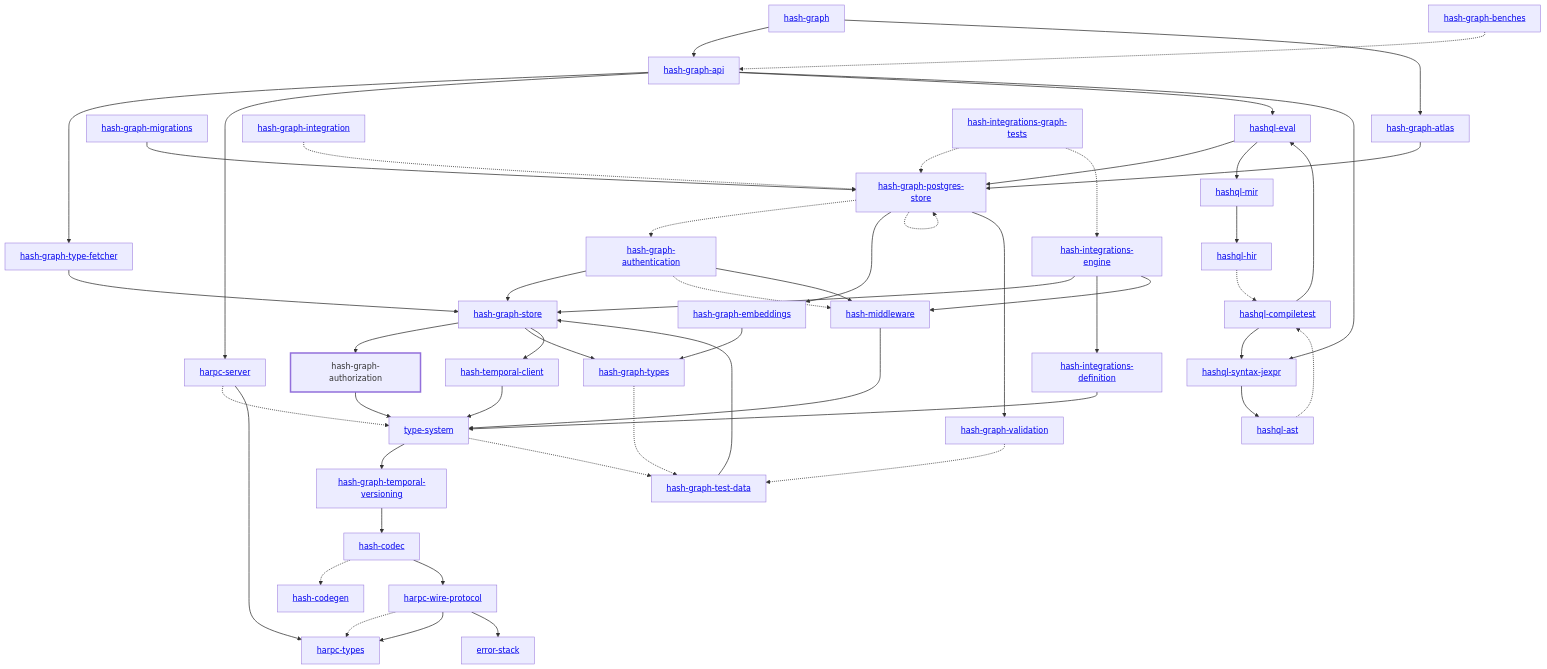
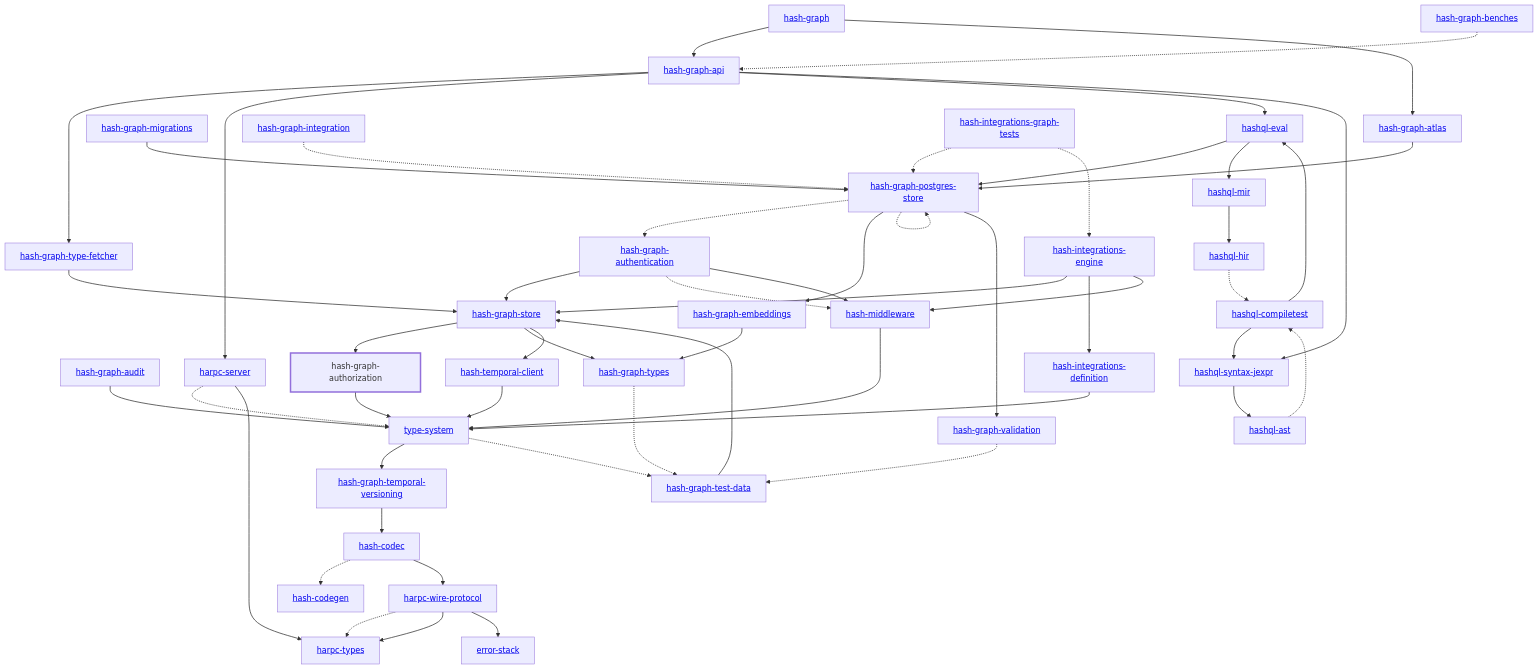
Before and after one commit to hashintel/hash: the diagram in libs/@local/graph/authorization/rust/docs/dependency-diagram.mmd, drawn with Mermaid. The commit also changed 26 other files, not shown here.

Commit message:
BE-1212: Define the audit event type (#10644)

```diff
--- a/libs/@local/graph/authorization/rust/docs/dependency-diagram.mmd
+++ b/libs/@local/graph/authorization/rust/docs/dependency-diagram.mmd
@@ -1,97 +1,99 @@
 graph TD
     linkStyle default stroke-width:1.5px
     classDef default stroke-width:1px
     classDef root stroke-width:3px
     classDef dev stroke-width:1px
     classDef build stroke-width:1px
     %% Legend
     %% --> : Normal dependency
     %% -.-> : Dev dependency
     %% ---> : Build dependency
     0[<a href="../hash_graph/index.html">hash-graph</a>]
     1[<a href="../type_system/index.html">type-system</a>]
     2[<a href="../hash_codec/index.html">hash-codec</a>]
     3[<a href="../hash_codegen/index.html">hash-codegen</a>]
     4[<a href="../hash_graph_api/index.html">hash-graph-api</a>]
     5[<a href="../hash_graph_atlas/index.html">hash-graph-atlas</a>]
-    6[<a href="../hash_graph_authentication/index.html">hash-graph-authentication</a>]
-    7[hash-graph-authorization]
-    class 7 root
-    8[<a href="../hash_graph_embeddings/index.html">hash-graph-embeddings</a>]
-    9[<a href="../hash_graph_migrations/index.html">hash-graph-migrations</a>]
-    10[<a href="../hash_graph_postgres_store/index.html">hash-graph-postgres-store</a>]
-    11[<a href="../hash_graph_store/index.html">hash-graph-store</a>]
-    12[<a href="../hash_graph_temporal_versioning/index.html">hash-graph-temporal-versioning</a>]
-    13[<a href="../hash_graph_type_fetcher/index.html">hash-graph-type-fetcher</a>]
-    14[<a href="../hash_graph_types/index.html">hash-graph-types</a>]
-    15[<a href="../hash_graph_validation/index.html">hash-graph-validation</a>]
-    16[<a href="../harpc_server/index.html">harpc-server</a>]
-    17[<a href="../harpc_types/index.html">harpc-types</a>]
-    18[<a href="../harpc_wire_protocol/index.html">harpc-wire-protocol</a>]
-    19[<a href="../hashql_ast/index.html">hashql-ast</a>]
-    20[<a href="../hashql_compiletest/index.html">hashql-compiletest</a>]
-    21[<a href="../hashql_eval/index.html">hashql-eval</a>]
-    22[<a href="../hashql_hir/index.html">hashql-hir</a>]
-    23[<a href="../hashql_mir/index.html">hashql-mir</a>]
-    24[<a href="../hashql_syntax_jexpr/index.html">hashql-syntax-jexpr</a>]
-    25[<a href="../hash_integrations_definition/index.html">hash-integrations-definition</a>]
-    26[<a href="../hash_integrations_engine/index.html">hash-integrations-engine</a>]
-    27[<a href="../hash_middleware/index.html">hash-middleware</a>]
-    28[<a href="../hash_temporal_client/index.html">hash-temporal-client</a>]
-    29[<a href="../error_stack/index.html">error-stack</a>]
-    30[<a href="../hash_graph_benches/index.html">hash-graph-benches</a>]
-    31[<a href="../hash_graph_integration/index.html">hash-graph-integration</a>]
-    32[<a href="../hash_graph_test_data/index.html">hash-graph-test-data</a>]
-    33[<a href="../hash_integrations_graph_tests/index.html">hash-integrations-graph-tests</a>]
+    6[<a href="../hash_graph_audit/index.html">hash-graph-audit</a>]
+    7[<a href="../hash_graph_authentication/index.html">hash-graph-authentication</a>]
+    8[hash-graph-authorization]
+    class 8 root
+    9[<a href="../hash_graph_embeddings/index.html">hash-graph-embeddings</a>]
+    10[<a href="../hash_graph_migrations/index.html">hash-graph-migrations</a>]
+    11[<a href="../hash_graph_postgres_store/index.html">hash-graph-postgres-store</a>]
+    12[<a href="../hash_graph_store/index.html">hash-graph-store</a>]
+    13[<a href="../hash_graph_temporal_versioning/index.html">hash-graph-temporal-versioning</a>]
+    14[<a href="../hash_graph_type_fetcher/index.html">hash-graph-type-fetcher</a>]
+    15[<a href="../hash_graph_types/index.html">hash-graph-types</a>]
+    16[<a href="../hash_graph_validation/index.html">hash-graph-validation</a>]
+    17[<a href="../harpc_server/index.html">harpc-server</a>]
+    18[<a href="../harpc_types/index.html">harpc-types</a>]
+    19[<a href="../harpc_wire_protocol/index.html">harpc-wire-protocol</a>]
+    20[<a href="../hashql_ast/index.html">hashql-ast</a>]
+    21[<a href="../hashql_compiletest/index.html">hashql-compiletest</a>]
+    22[<a href="../hashql_eval/index.html">hashql-eval</a>]
+    23[<a href="../hashql_hir/index.html">hashql-hir</a>]
+    24[<a href="../hashql_mir/index.html">hashql-mir</a>]
+    25[<a href="../hashql_syntax_jexpr/index.html">hashql-syntax-jexpr</a>]
+    26[<a href="../hash_integrations_definition/index.html">hash-integrations-definition</a>]
+    27[<a href="../hash_integrations_engine/index.html">hash-integrations-engine</a>]
+    28[<a href="../hash_middleware/index.html">hash-middleware</a>]
+    29[<a href="../hash_temporal_client/index.html">hash-temporal-client</a>]
+    30[<a href="../error_stack/index.html">error-stack</a>]
+    31[<a href="../hash_graph_benches/index.html">hash-graph-benches</a>]
+    32[<a href="../hash_graph_integration/index.html">hash-graph-integration</a>]
+    33[<a href="../hash_graph_test_data/index.html">hash-graph-test-data</a>]
+    34[<a href="../hash_integrations_graph_tests/index.html">hash-integrations-graph-tests</a>]
     0 --> 4
     0 --> 5
-    1 --> 12
-    1 -.-> 32
+    1 --> 13
+    1 -.-> 33
     2 -.-> 3
-    2 --> 18
-    4 --> 13
-    4 --> 16
-    4 --> 21
-    4 --> 24
-    5 --> 10
-    6 --> 11
-    6 -.-> 27
-    6 --> 27
-    7 --> 1
-    8 --> 14
-    9 --> 10
-    10 -.-> 6
-    10 --> 8
-    10 -.-> 10
-    10 --> 15
-    11 --> 7
-    11 --> 14
-    11 --> 28
-    12 --> 2
-    13 --> 11
-    14 -.-> 32
-    15 -.-> 32
-    16 -.-> 1
-    16 --> 17
-    18 -.-> 17
-    18 --> 17
-    18 --> 29
-    19 -.-> 20
-    20 --> 21
-    20 --> 24
-    21 --> 10
-    21 --> 23
-    22 -.-> 20
-    23 --> 22
-    24 --> 19
-    25 --> 1
-    26 --> 11
-    26 --> 25
-    26 --> 27
-    27 --> 1
+    2 --> 19
+    4 --> 14
+    4 --> 17
+    4 --> 22
+    4 --> 25
+    5 --> 11
+    6 --> 1
+    7 --> 12
+    7 -.-> 28
+    7 --> 28
+    8 --> 1
+    9 --> 15
+    10 --> 11
+    11 -.-> 7
+    11 --> 9
+    11 -.-> 11
+    11 --> 16
+    12 --> 8
+    12 --> 15
+    12 --> 29
+    13 --> 2
+    14 --> 12
+    15 -.-> 33
+    16 -.-> 33
+    17 -.-> 1
+    17 --> 18
+    19 -.-> 18
+    19 --> 18
+    19 --> 30
+    20 -.-> 21
+    21 --> 22
+    21 --> 25
+    22 --> 11
+    22 --> 24
+    23 -.-> 21
+    24 --> 23
+    25 --> 20
+    26 --> 1
+    27 --> 12
+    27 --> 26
+    27 --> 28
     28 --> 1
-    30 -.-> 4
-    31 -.-> 10
-    32 --> 11
-    33 -.-> 10
-    33 -.-> 26
+    29 --> 1
+    31 -.-> 4
+    32 -.-> 11
+    33 --> 12
+    34 -.-> 11
+    34 -.-> 27
```
